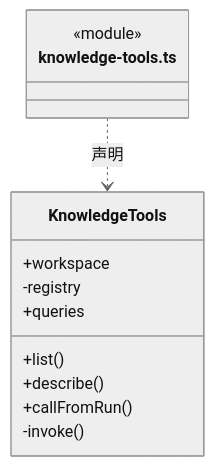
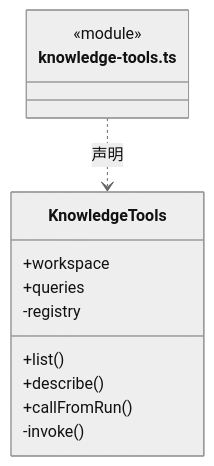
The third of 4 diagrams in src/backend/scheduler-engine/tools/ARCHITECTURE.md (nan023062/cbim), drawn with Mermaid (neutral theme) before and after one commit. The commit also changed other lines of this file and 240 other files, not shown here.

````diff
--- a/src/backend/scheduler-engine/tools/ARCHITECTURE.md
+++ b/src/backend/scheduler-engine/tools/ARCHITECTURE.md
@@ -19,16 +65,16 @@
 ```mermaid
 classDiagram
 class N_src_backend_scheduler_engine_tools_knowledge_tools_ts["knowledge-tools.ts"] {
   <<module>>
 }
 class N_src_backend_scheduler_engine_tools_knowledge_tools_ts_KnowledgeTools["KnowledgeTools"] {
   +workspace
-  -registry
   +queries
   +list()
   +describe()
   +callFromRun()
+  -registry
   -invoke()
 }
 N_src_backend_scheduler_engine_tools_knowledge_tools_ts ..> N_src_backend_scheduler_engine_tools_knowledge_tools_ts_KnowledgeTools : 声明
 ```
````
